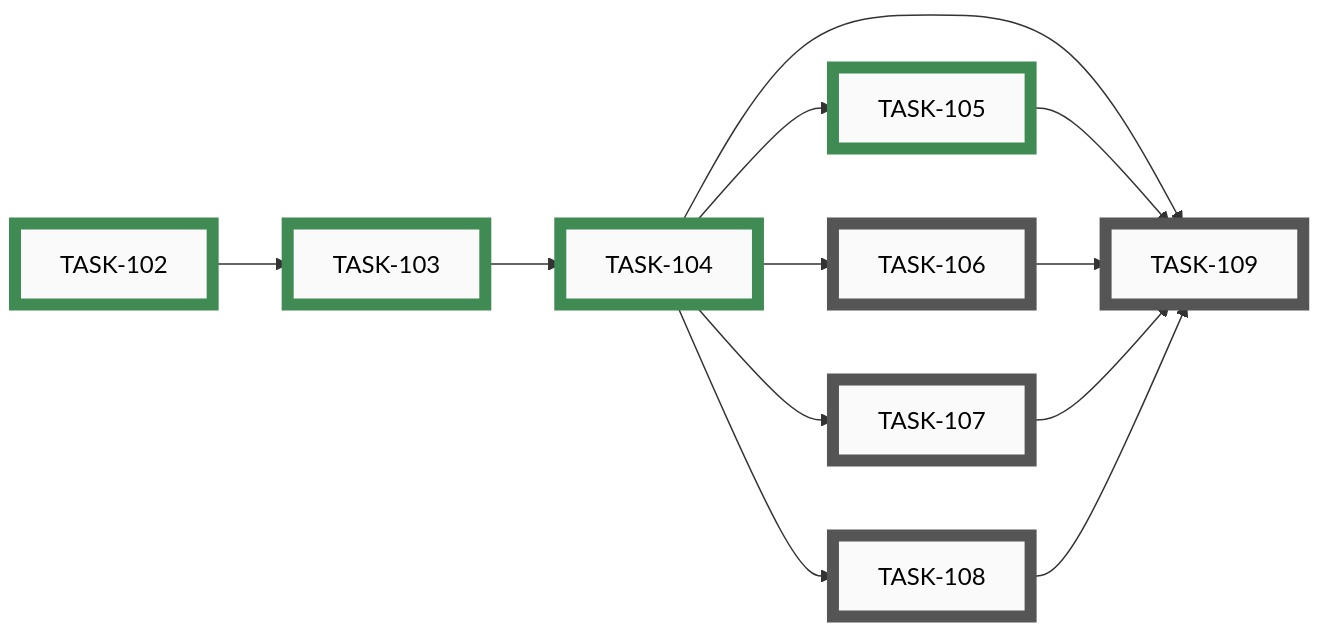
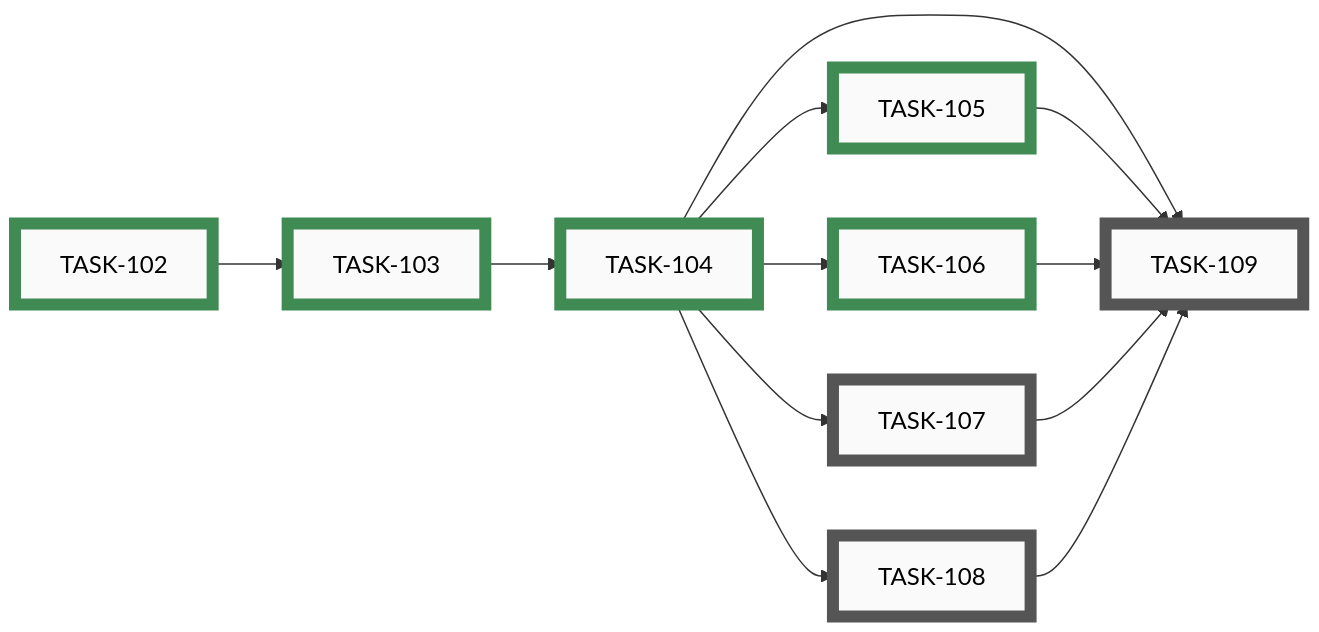
Before and after one commit to tgd1975/CircuitSmith: diagram 13 of 15 in docs/developers/tasks/EPICS.md, drawn with Mermaid. The commit also changed other lines of this file and 11 other files, not shown here.

First line of the commit message:
close TASK-106: tutorial alignment with EPIC-012

````diff
--- a/docs/developers/tasks/EPICS.md
+++ b/docs/developers/tasks/EPICS.md
@@ -787,38 +787,38 @@
 ```mermaid
 graph LR
-    TASK_106["TASK-106"]:::open
     TASK_107["TASK-107"]:::open
     TASK_108["TASK-108"]:::open
     TASK_109["TASK-109"]:::open
     TASK_102["TASK-102"]:::closed
     TASK_103["TASK-103"]:::closed
     TASK_104["TASK-104"]:::closed
     TASK_105["TASK-105"]:::closed
-    TASK_104 --> TASK_106
+    TASK_106["TASK-106"]:::closed
     TASK_104 --> TASK_107
     TASK_104 --> TASK_108
     TASK_104 --> TASK_109
     TASK_105 --> TASK_109
     TASK_106 --> TASK_109
     TASK_107 --> TASK_109
     TASK_108 --> TASK_109
     TASK_102 --> TASK_103
     TASK_103 --> TASK_104
     TASK_104 --> TASK_105
-    click TASK_106 "open/task-106-tutorial-alignment-with-epic-012.md"
+    TASK_104 --> TASK_106
     click TASK_107 "open/task-107-test-plan-alignment-with-epic-011.md"
     click TASK_108 "open/task-108-annotate-idea-001-dossier.md"
     click TASK_109 "open/task-109-final-pass-readme-and-entry-points.md"
     click TASK_102 "closed/task-102-inventory-all-markdown-docs.md"
     click TASK_103 "closed/task-103-drift-sweep-stale-claims.md"
     click TASK_104 "closed/task-104-voice-unification-rewrite.md"
     click TASK_105 "closed/task-105-cross-reference-audit.md"
+    click TASK_106 "closed/task-106-tutorial-alignment-with-epic-012.md"
     classDef open    fill:#FAFAFA,stroke:#555,stroke-width:8px,color:#000
     classDef active  fill:#FAFAFA,stroke:#1A6FA8,stroke-width:8px,color:#000
     classDef closed  fill:#FAFAFA,stroke:#3F8B53,stroke-width:8px,color:#000
     classDef paused  fill:#FAFAFA,stroke:#B07810,stroke-width:8px,color:#000
     classDef openExt    fill:#000,stroke:#888,stroke-width:8px,color:#FFF
     classDef activeExt  fill:#000,stroke:#3FA9F5,stroke-width:8px,color:#FFF
     classDef closedExt  fill:#000,stroke:#7CC68A,stroke-width:8px,color:#FFF
     classDef pausedExt  fill:#000,stroke:#F0B030,stroke-width:8px,color:#FFF
 ```
````
